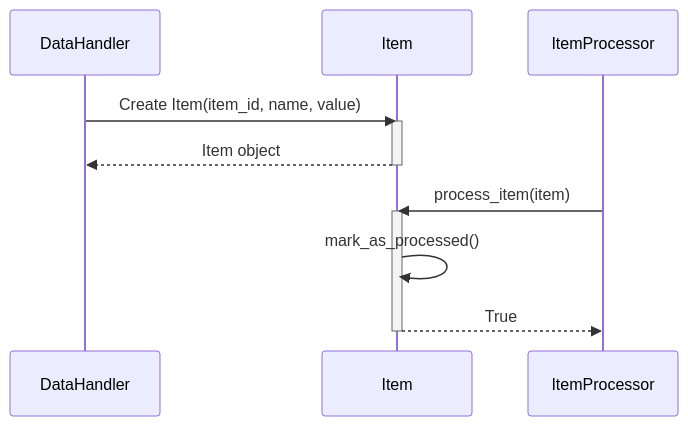
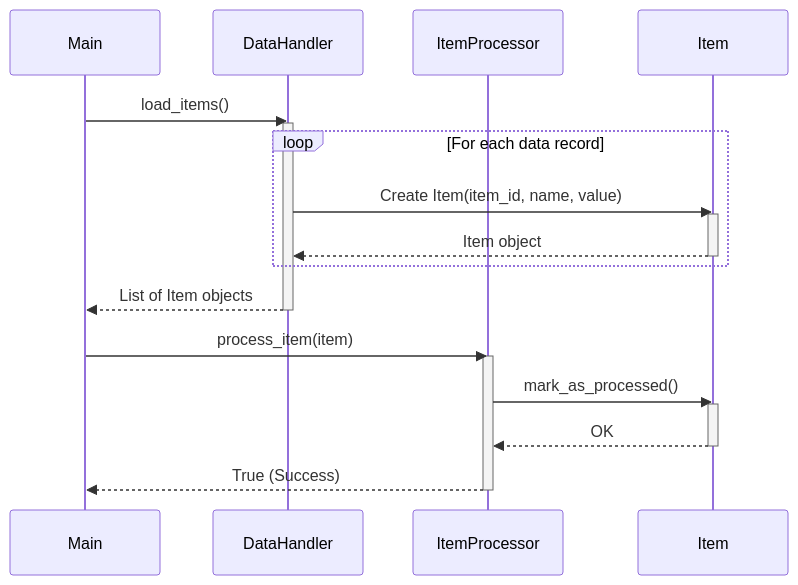
Before and after one commit to OpenXFlow/sourceLensAI: the diagram in output/python-sample-project/02_data-model-item.md, drawn with Mermaid. The commit also changed other lines of this file and 25 other files, not shown here.

````diff
--- a/output/python-sample-project/02_data-model-item.md
+++ b/output/python-sample-project/02_data-model-item.md
@@ -58,15 +55,25 @@
 ```mermaid
 sequenceDiagram
-    participant DH as DataHandler
-    participant I as Item
-    participant IP as ItemProcessor
-    DH->>I: Create Item(item_id, name, value)
-    activate I
-    I-->>DH: Item object
-    deactivate I
-    IP->>I: process_item(item)
-    activate I
-    I->>I: mark_as_processed()
-    I-->>IP: True
-    deactivate I
+    participant Main
+    participant DataHandler
+    participant ItemProcessor
+    participant Item
+    Main->>DataHandler: load_items()
+    activate DataHandler
+    loop For each data record
+        DataHandler->>Item: Create Item(item_id, name, value)
+        activate Item
+        Item-->>DataHandler: Item object
+        deactivate Item
+    end
+    DataHandler-->>Main: List of Item objects
+    deactivate DataHandler
+    Main->>ItemProcessor: process_item(item)
+    activate ItemProcessor
+    ItemProcessor->>Item: mark_as_processed()
+    activate Item
+    Item-->>ItemProcessor: OK
+    deactivate Item
+    ItemProcessor-->>Main: True (Success)
+    deactivate ItemProcessor
 ```
````
